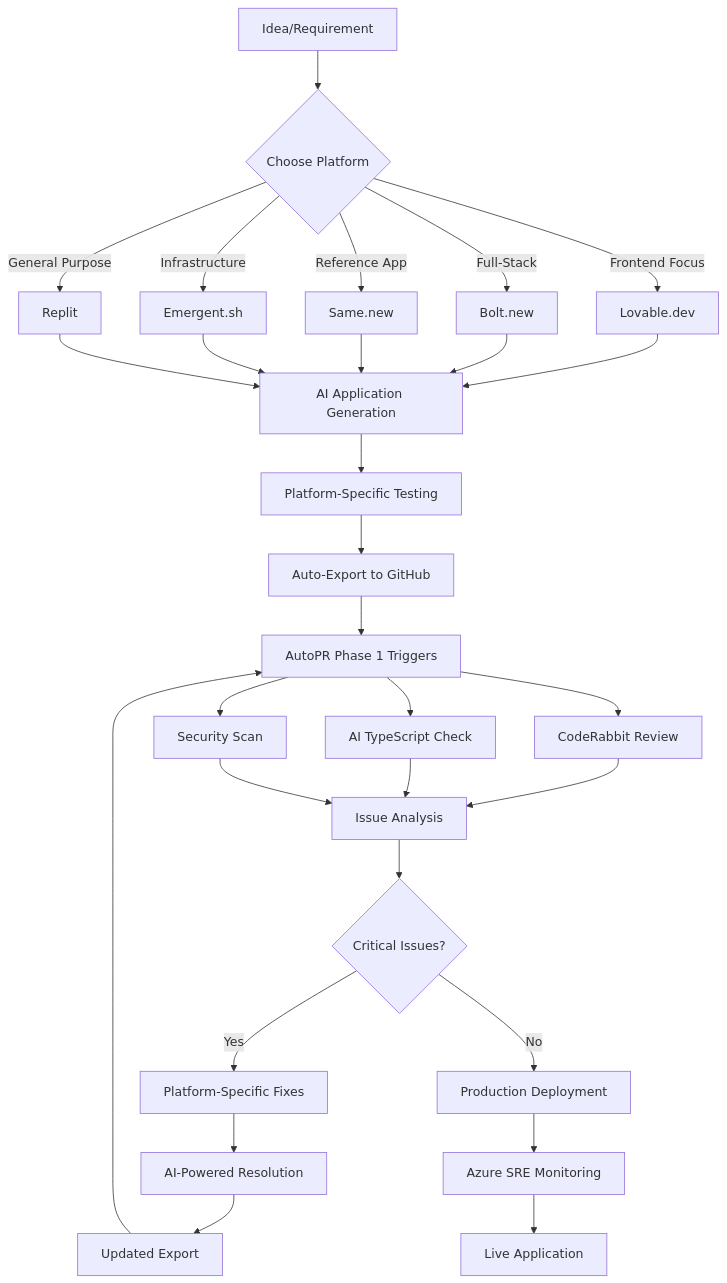
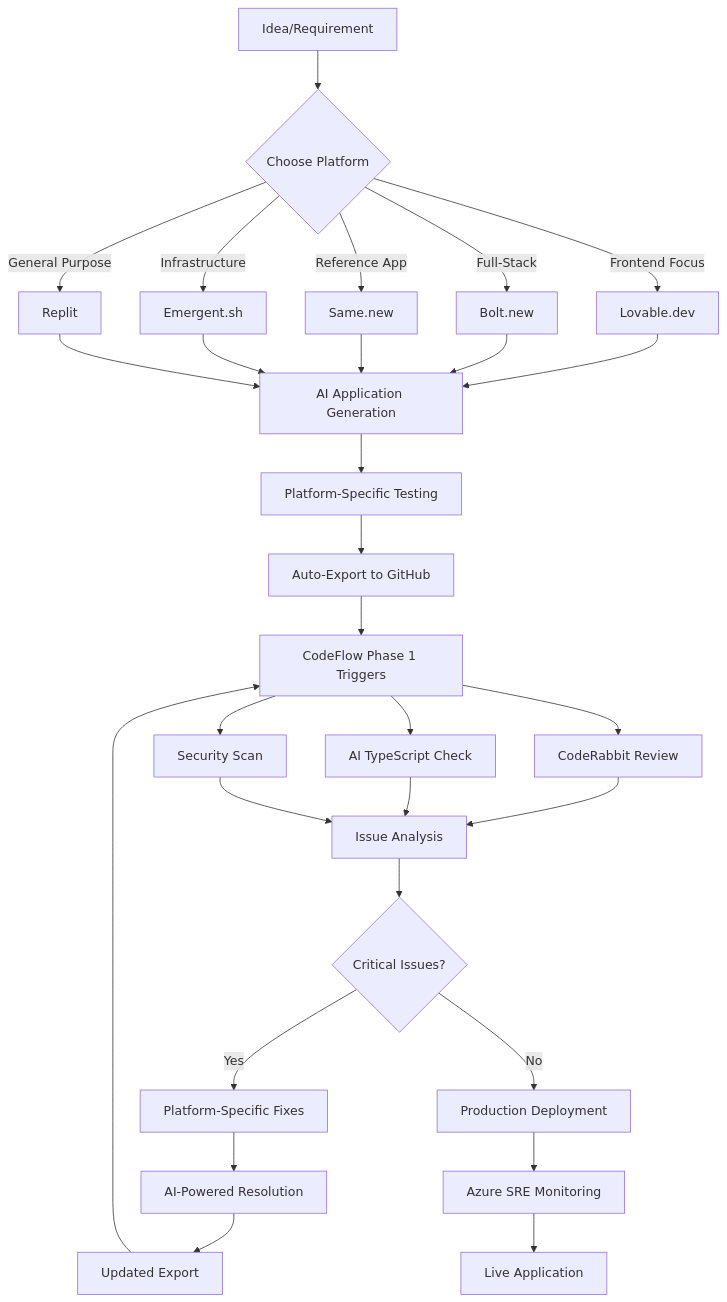
Before and after one commit to JustAGhosT/codeflow-engine: the first of 2 diagrams in docs/ai-bots-ecosystem/phase-2-rapid-prototyping.md, drawn with Mermaid. The commit also changed other lines of this file and 421 other files, not shown here.

First line of the commit message:
chore: migrate AutoPR to CodeFlow branding

````diff
--- a/docs/ai-bots-ecosystem/phase-2-rapid-prototyping.md
+++ b/docs/ai-bots-ecosystem/phase-2-rapid-prototyping.md
@@ -89,39 +89,39 @@
 ```mermaid
 graph TD
     A[Idea/Requirement] --> B{Choose Platform}
 
     B -->|Frontend Focus| C[Lovable.dev]
     B -->|Full-Stack| D[Bolt.new]
     B -->|Reference App| E[Same.new]
     B -->|Infrastructure| F[Emergent.sh]
     B -->|General Purpose| G[Replit]
 
     C --> H[AI Application Generation]
     D --> H
     E --> H
     F --> H
     G --> H
 
     H --> I[Platform-Specific Testing]
     I --> J[Auto-Export to GitHub]
-    J --> K[AutoPR Phase 1 Triggers]
+    J --> K[CodeFlow Phase 1 Triggers]
 
     K --> L[CodeRabbit Review]
     K --> M[AI TypeScript Check]
     K --> N[Security Scan]
 
     L --> O[Issue Analysis]
     M --> O
     N --> O
 
     O --> P{Critical Issues?}
     P -->|Yes| Q[Platform-Specific Fixes]
     P -->|No| R[Production Deployment]
 
     Q --> S[AI-Powered Resolution]
     S --> T[Updated Export]
     T --> K
 
     R --> U[Azure SRE Monitoring]
     U --> V[Live Application]
 ```
````
